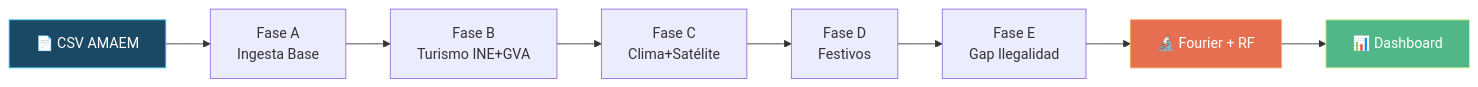
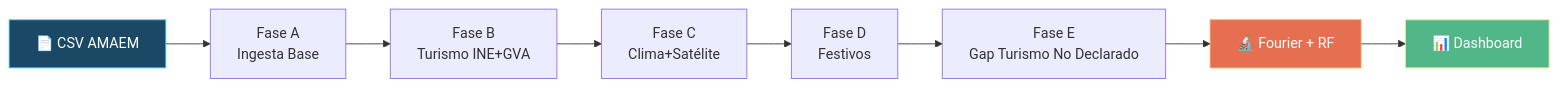
One commit to santvz6/Invictus changed the diagram in README.md. Above: the diagram before and after it, drawn with Mermaid. The commit also changed other lines of this file and 4 other files, not shown here.

````diff
--- a/README.md
+++ b/README.md
@@ -201,14 +201,14 @@
 ```mermaid
 graph LR
     A[📄 CSV AMAEM] --> B[Fase A<br>Ingesta Base]
     B --> C[Fase B<br>Turismo INE+GVA]
     C --> D[Fase C<br>Clima+Satélite]
     D --> E[Fase D<br>Festivos]
-    E --> F[Fase E<br>Gap Ilegalidad]
+    E --> F[Fase E<br>Gap Turismo No Declarado]
     F --> G[🔬 Fourier + RF]
     G --> H[📊 Dashboard]
     
     style A fill:#1b4965,stroke:#4cc9f0,color:#fff
     style G fill:#e76f51,stroke:#f4a261,color:#fff
     style H fill:#52b788,stroke:#d9ed92,color:#fff
 ```
````
